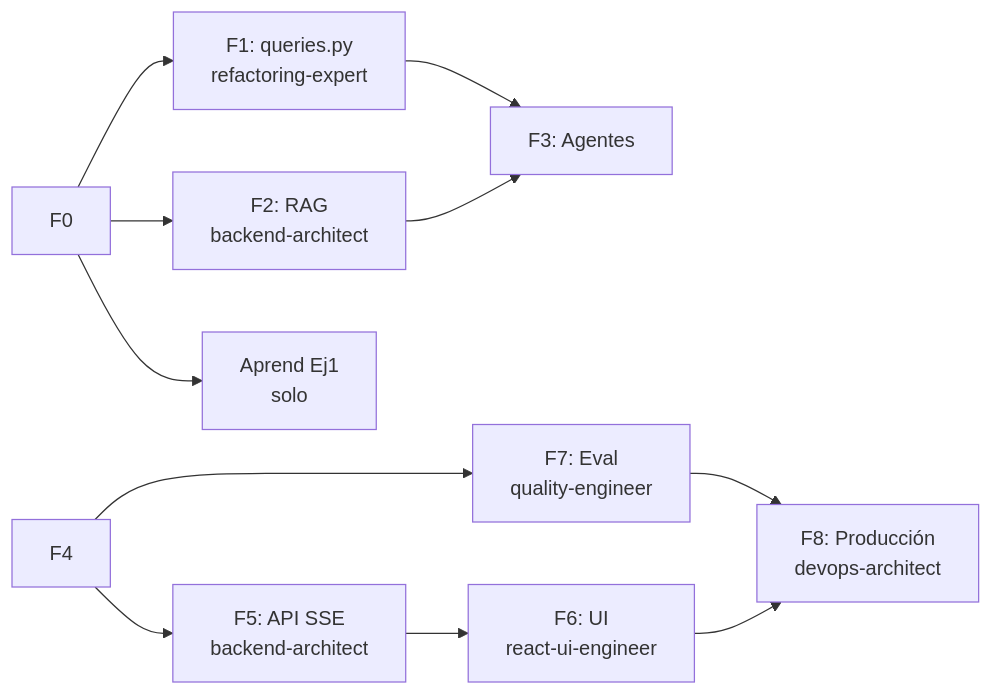
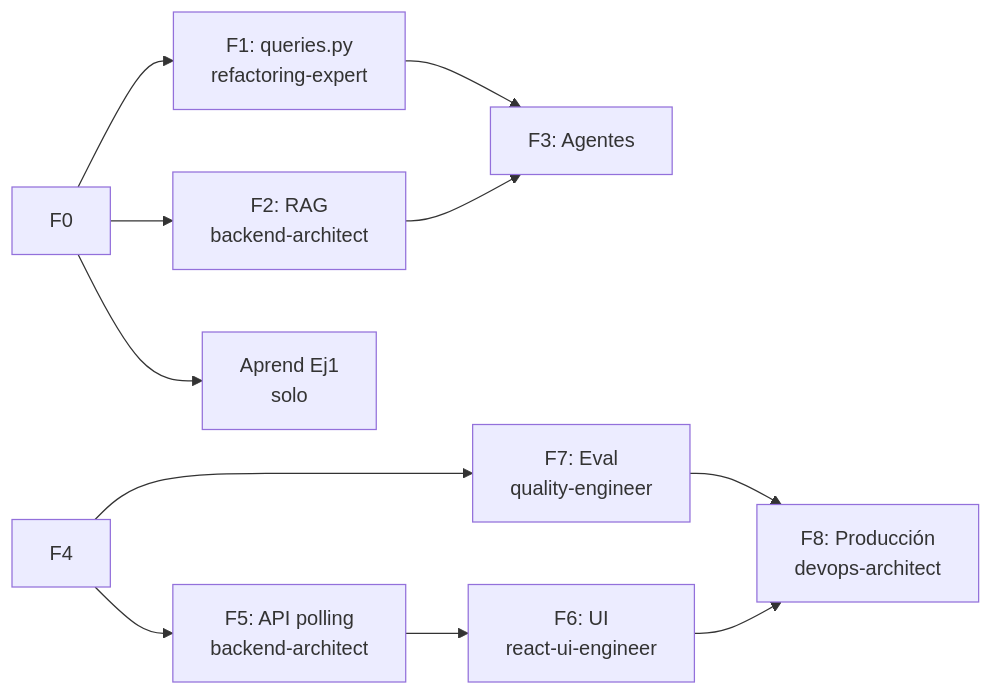
Before and after one commit to Club-Deportivo-Trocha-y-Ruta/mi: the third of 3 diagrams in docs/10-race-results/v2-implementation-workflow.md, drawn with Mermaid. The commit also changed other lines of this file and 1 other file, not shown here.

First line of the commit message:
docs(race-results): descarta SSE en favor de polling cada 2s

````diff
--- a/docs/10-race-results/v2-implementation-workflow.md
+++ b/docs/10-race-results/v2-implementation-workflow.md
@@ -543,16 +541,16 @@
 ```mermaid
 graph LR
     F0 --> P1[F1: queries.py<br/>refactoring-expert]
     F0 --> P2[F2: RAG<br/>backend-architect]
     F0 --> P3[Aprend Ej1<br/>solo]
 
     P1 --> F3[F3: Agentes]
     P2 --> F3
 
-    F4 --> P4[F5: API SSE<br/>backend-architect]
+    F4 --> P4[F5: API polling<br/>backend-architect]
     F4 --> P5[F7: Eval<br/>quality-engineer]
 
     P4 --> F6[F6: UI<br/>react-ui-engineer]
     P5 --> F8[F8: Producción<br/>devops-architect]
     F6 --> F8
 ```
````
